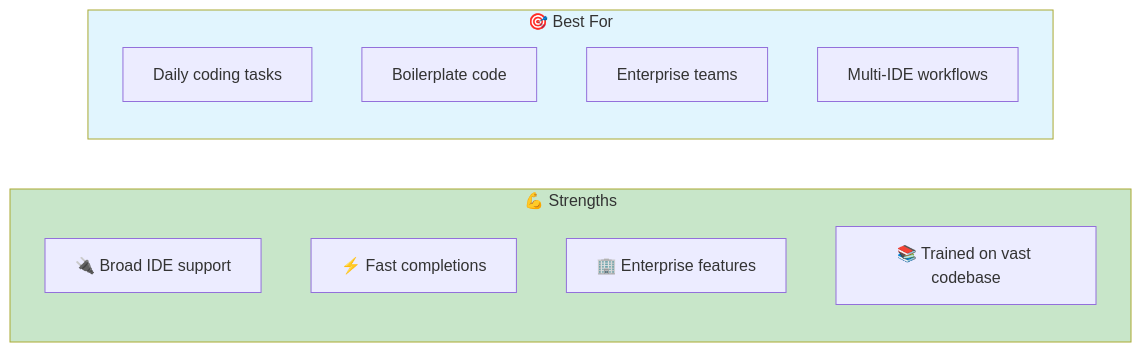
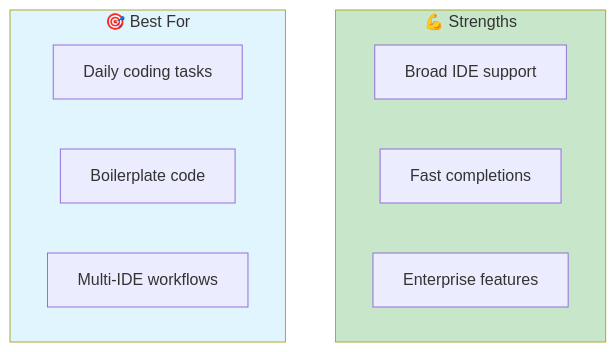
The first of 5 diagrams in website/content/papers/ai-dlc-2026/runbooks/tooling/github-copilot.md (TheBushidoCollective/han), drawn with Mermaid before and after one commit. The commit also changed other lines of this file and 21 other files, not shown here.

First line of the commit message:
fix(website): convert all AI-DLC runbook Mermaid diagrams to TB layout

````diff
--- a/website/content/papers/ai-dlc-2026/runbooks/tooling/github-copilot.md
+++ b/website/content/papers/ai-dlc-2026/runbooks/tooling/github-copilot.md
@@ -9,21 +9,17 @@
 ```mermaid
-flowchart LR
+flowchart TB
     subgraph Strengths["💪 Strengths"]
-        direction TB
-        S1[🔌 Broad IDE support]
-        S2[⚡ Fast completions]
-        S3[🏢 Enterprise features]
-        S4[📚 Trained on vast codebase]
+        S1[Broad IDE support]
+        S2[Fast completions]
+        S3[Enterprise features]
     end
 
     subgraph BestFor["🎯 Best For"]
-        direction TB
         B1[Daily coding tasks]
         B2[Boilerplate code]
-        B3[Enterprise teams]
-        B4[Multi-IDE workflows]
+        B3[Multi-IDE workflows]
     end
 
     style Strengths fill:#c8e6c9
     style BestFor fill:#e1f5fe
 ```
````
